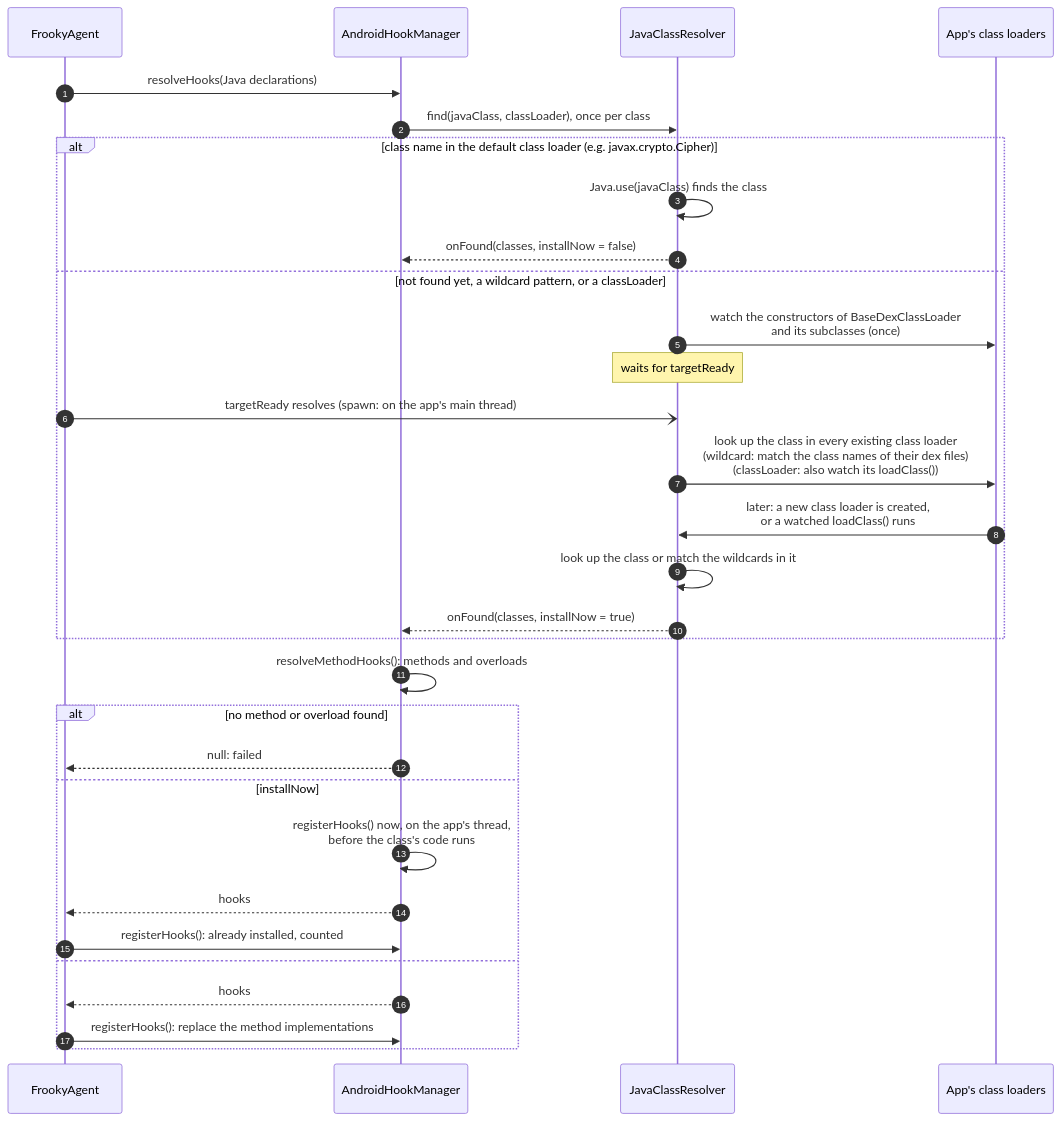
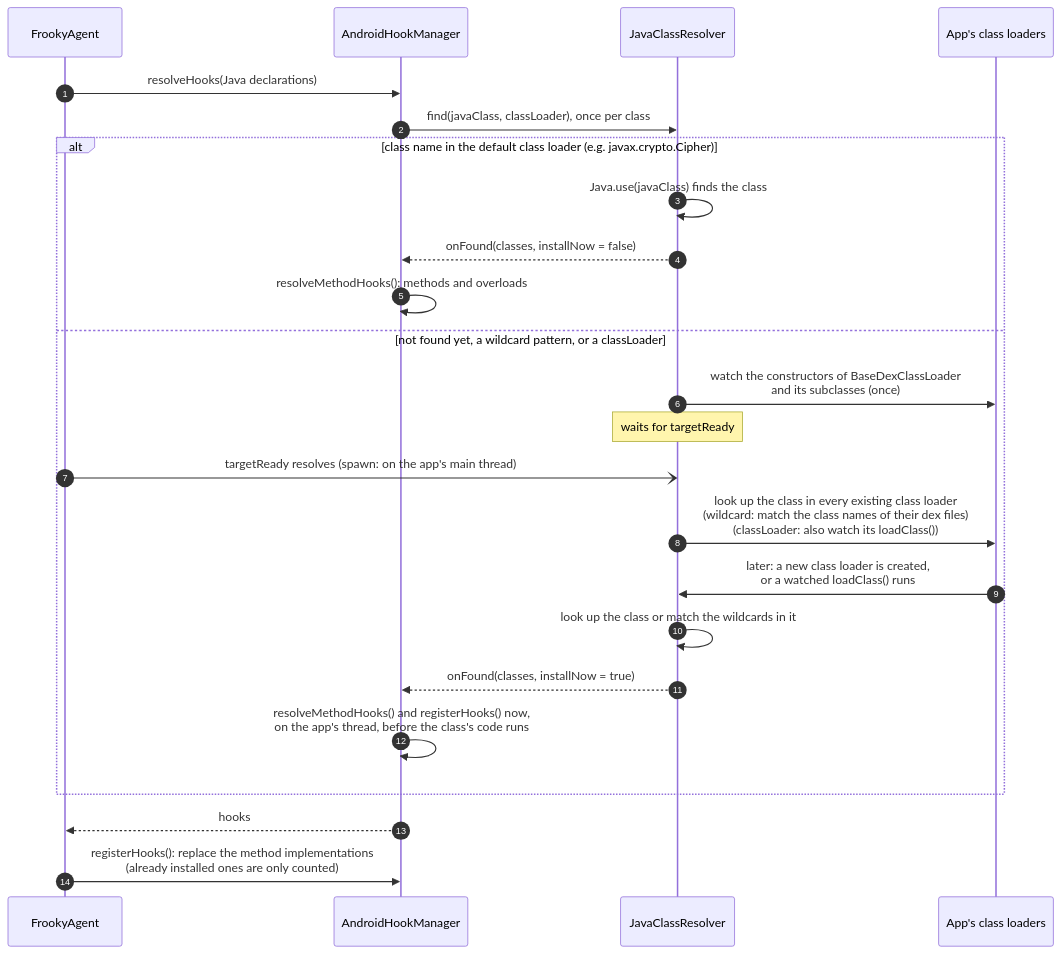
One commit to bernhste/frooky changed the third of 8 diagrams in docs/under-the-hood.md. Above: the diagram before and after it, drawn with Mermaid. The commit also changed other lines of this file and 21 other files, not shown here.

````diff
--- a/docs/under-the-hood.md
+++ b/docs/under-the-hood.md
@@ -120,36 +197,29 @@
 ```mermaid
 sequenceDiagram
     autonumber
     participant FA as FrookyAgent
     participant PM as AndroidHookManager
     participant JCR as JavaClassResolver
     participant CL as App's class loaders
 
     FA->>PM: resolveHooks(Java declarations)
     PM->>JCR: find(javaClass, classLoader), once per class
 
     alt class name in the default class loader (e.g. javax.crypto.Cipher)
         JCR->>JCR: Java.use(javaClass) finds the class
         JCR-->>PM: onFound(classes, installNow = false)
+        PM->>PM: resolveMethodHooks(): methods and overloads
     else not found yet, a wildcard pattern, or a classLoader
         JCR->>CL: watch the constructors of BaseDexClassLoader<br/>and its subclasses (once)
         Note over JCR: waits for targetReady
         FA-)JCR: targetReady resolves (spawn: on the app's main thread)
         JCR->>CL: look up the class in every existing class loader<br/>(wildcard: match the class names of their dex files)<br/>(classLoader: also watch its loadClass())
         CL->>JCR: later: a new class loader is created,<br/>or a watched loadClass() runs
         JCR->>JCR: look up the class or match the wildcards in it
         JCR-->>PM: onFound(classes, installNow = true)
+        PM->>PM: resolveMethodHooks() and registerHooks() now,<br/>on the app's thread, before the class's code runs
     end
 
-    PM->>PM: resolveMethodHooks(): methods and overloads
-    alt no method or overload found
-        PM-->>FA: null: failed
-    else installNow
-        PM->>PM: registerHooks() now, on the app's thread,<br/>before the class's code runs
-        PM-->>FA: hooks
-        FA->>PM: registerHooks(): already installed, counted
-    else
-        PM-->>FA: hooks
-        FA->>PM: registerHooks(): replace the method implementations
-    end
+    PM-->>FA: hooks
+    FA->>PM: registerHooks(): replace the method implementations<br/>(already installed ones are only counted)
 ```
````
